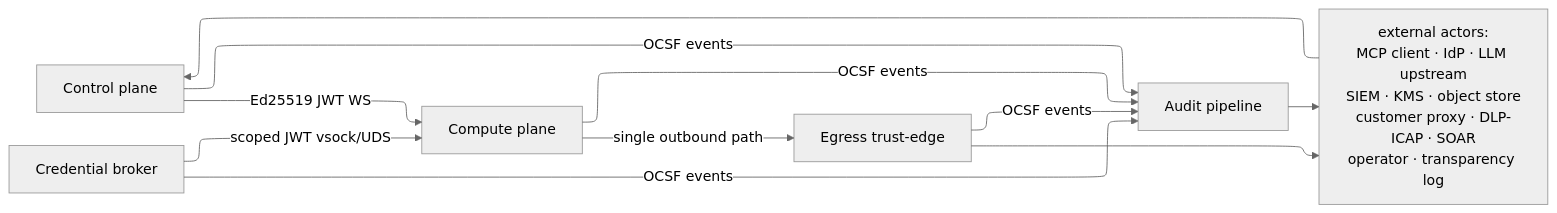
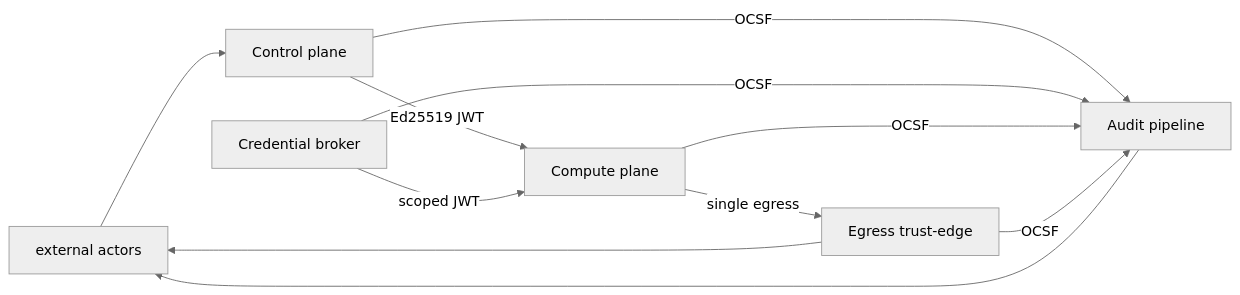
Before and after one commit to Wide-Moat/open-computer-use: the diagram in docs/architecture/02-trust-boundaries.md, drawn with Mermaid (neutral theme). The commit also changed other lines of this file, not shown here.

Commit message:
docs(architecture): shrink Layer 3 inline mermaid to honour ≤15-line cap
CodeRabbit flagged the §5 inline mermaid as 17 lines (fences + init directive
+ 15 content), exceeding the CLAUDE.md ≤15-line cap. Drops the init directive
(elk renderer still applied via the canonical .mmd source) and shortens four
arrow labels. Block now 16 lines total (2 fences + 14 mermaid). Canonical
diagram at docs/architecture/diagrams/02-trust-boundaries.mmd unchanged.

````diff
--- a/docs/architecture/02-trust-boundaries.md
+++ b/docs/architecture/02-trust-boundaries.md
@@ -74,17 +74,16 @@
 ```mermaid
-%%{init: {"flowchart": {"defaultRenderer": "elk"}} }%%
 flowchart LR
-    EXT[external actors:<br/>MCP client · IdP · LLM upstream<br/>SIEM · KMS · object store<br/>customer proxy · DLP-ICAP · SOAR<br/>operator · transparency log]
+    EXT[external actors]
     CP[Control plane]
     BR[Credential broker]
     VM[Compute plane]
     EDGE[Egress trust-edge]
     AUDIT[Audit pipeline]
     EXT --> CP
-    CP -- "Ed25519 JWT WS" --> VM
-    BR -- "scoped JWT vsock/UDS" --> VM
-    VM -- "single outbound path" --> EDGE
+    CP -- "Ed25519 JWT" --> VM
+    BR -- "scoped JWT" --> VM
+    VM -- "single egress" --> EDGE
     EDGE --> EXT
-    CP & BR & VM & EDGE -- "OCSF events" --> AUDIT
+    CP & BR & VM & EDGE -- "OCSF" --> AUDIT
     AUDIT --> EXT
 ```
````
